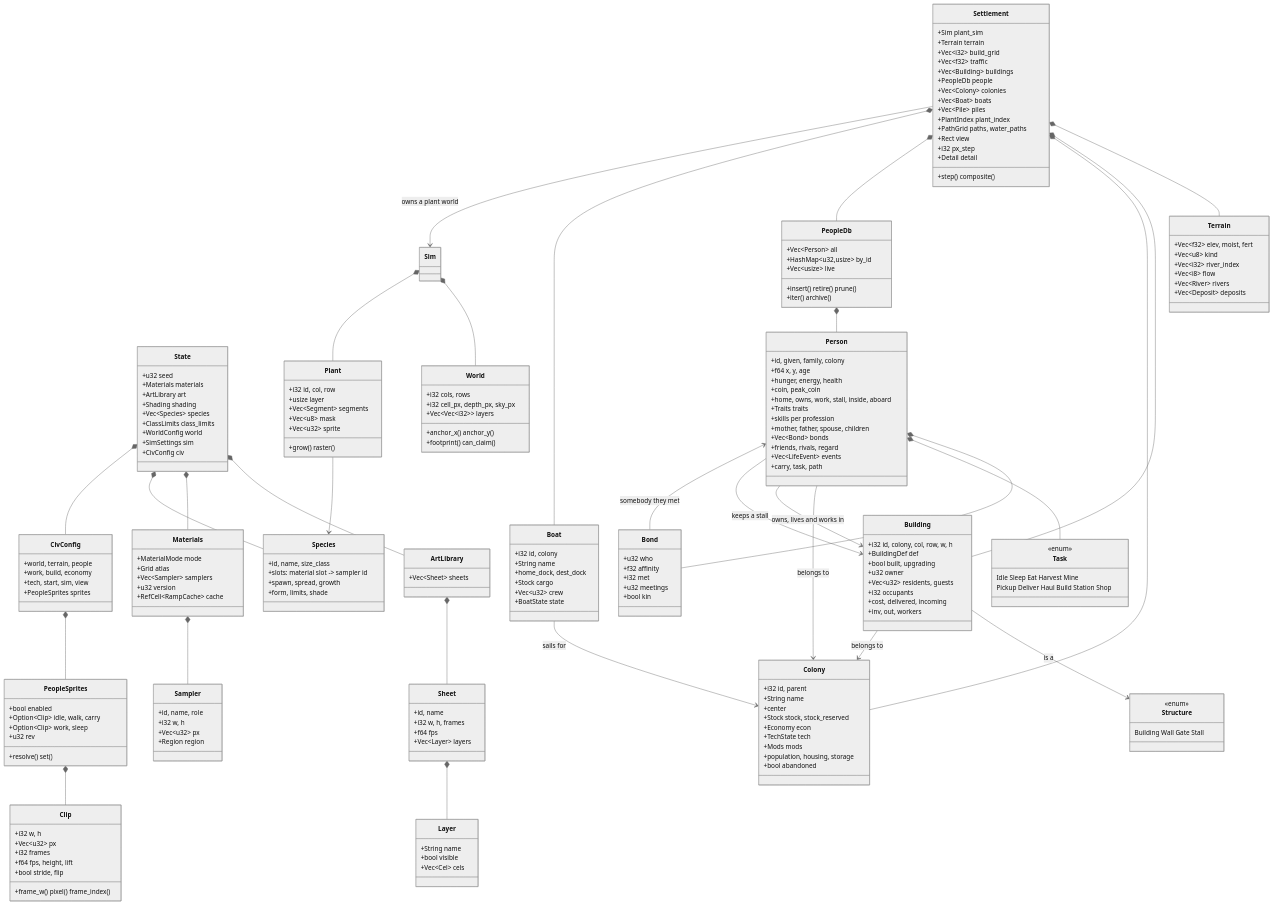
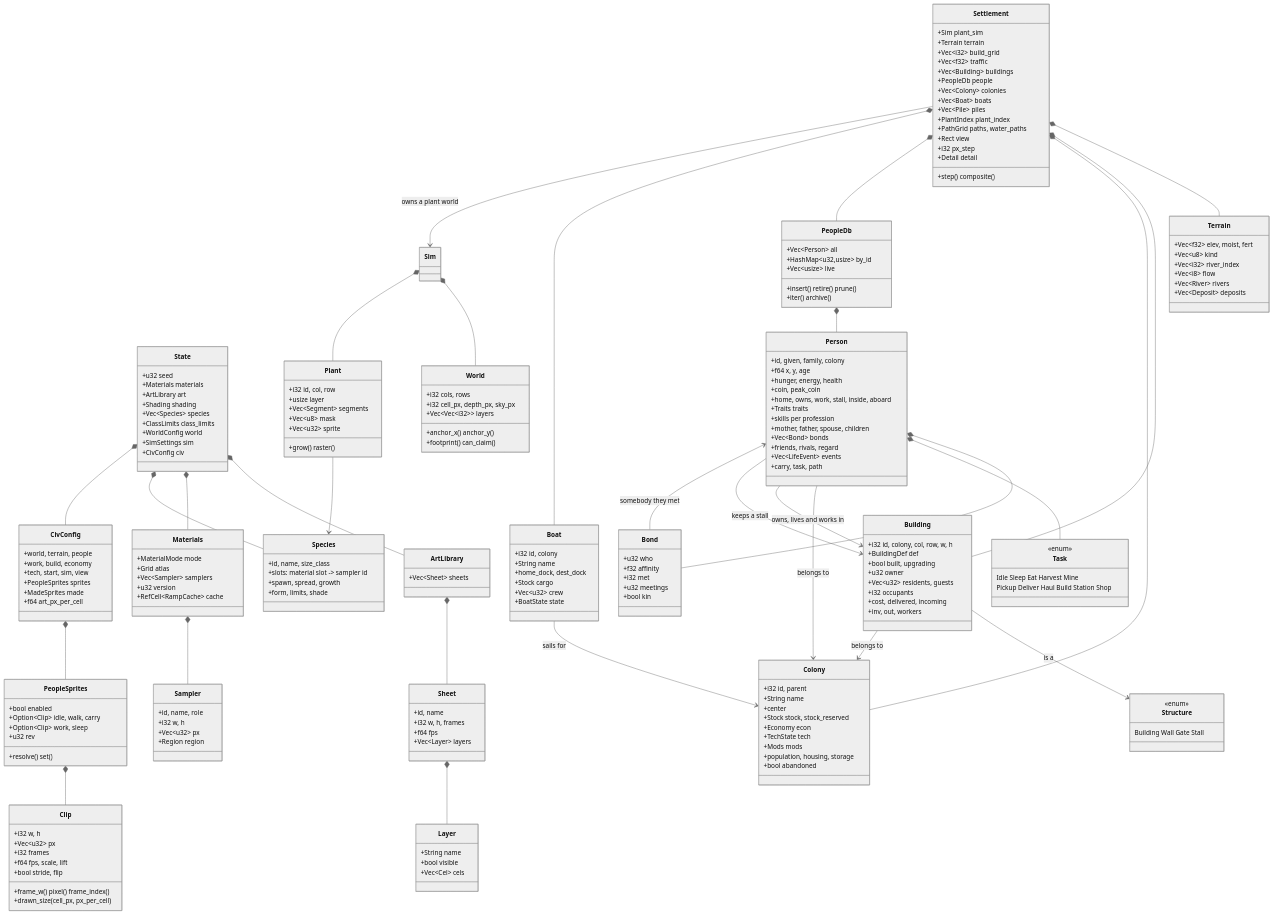
One commit to tmpk13/grow changed the fourth of 44 diagrams in ARCHITECTURE.md. Above: the diagram before and after it, drawn with Mermaid (neutral theme). The commit also changed other lines of this file and 13 other files, not shown here.

First line of the commit message:
Art carries its own size, and the canvas goes to 256

```diff
--- a/ARCHITECTURE.md
+++ b/ARCHITECTURE.md
@@ -292,6 +292,8 @@
     +work, build, economy
     +tech, start, sim, view
     +PeopleSprites sprites
+    +MadeSprites made
+    +f64 art_px_per_cell
   }
 
   class PeopleSprites {
@@ -306,9 +308,10 @@
     +i32 w, h
     +Vec~u32~ px
     +i32 frames
-    +f64 fps, height, lift
+    +f64 fps, scale, lift
     +bool stride, flip
     +frame_w() pixel() frame_index()
+    +drawn_size(cell_px, px_per_cell)
   }
 
   class Task {
```
